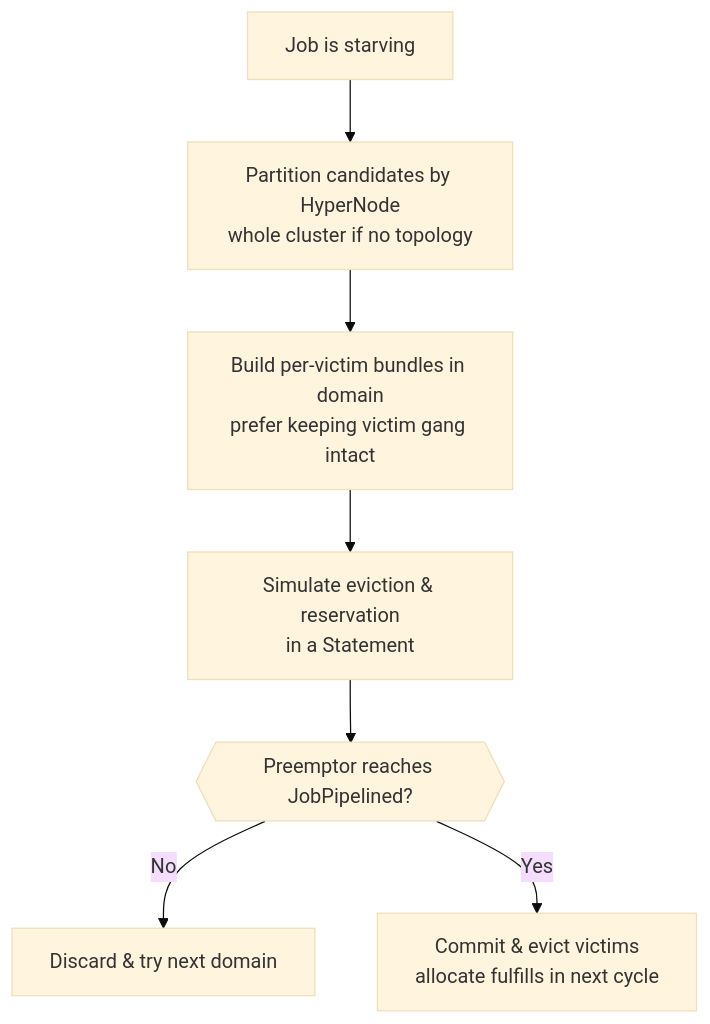
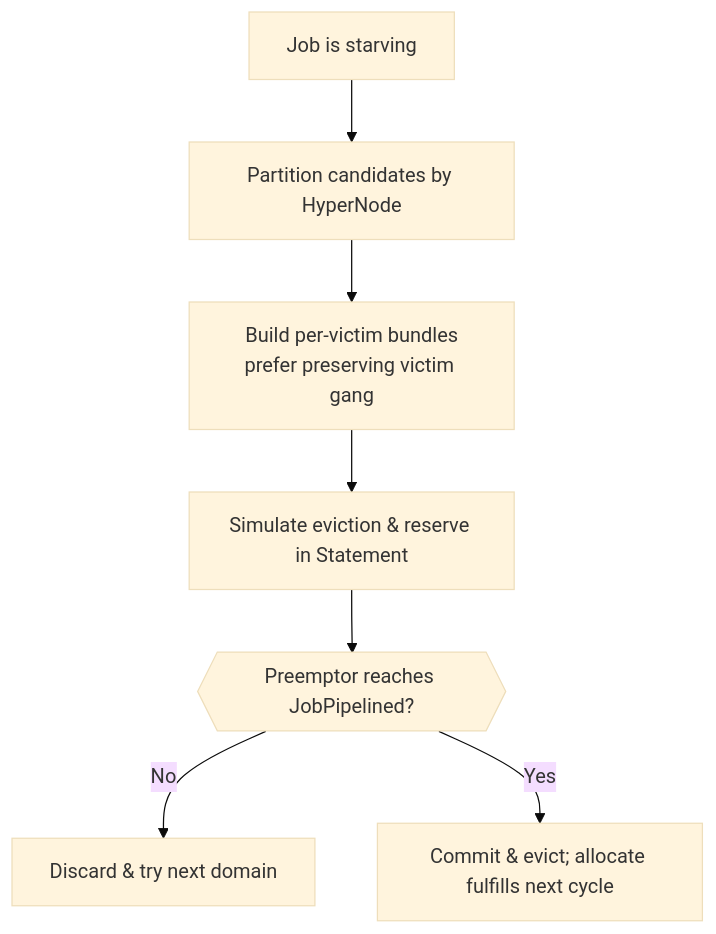
One commit to JesseStutler/volcano changed the ninth of 11 diagrams in docs/research/k8s-workload-aware-scheduling-vs-volcano.md. Above: the diagram before and after it, drawn with Mermaid (base theme). The commit also changed other lines of this file and 1 other file, not shown here.

First line of the commit message:
docs: tighten report for sharing and add single-Pod vs PodGroup flow

````diff
--- a/docs/research/k8s-workload-aware-scheduling-vs-volcano.md
+++ b/docs/research/k8s-workload-aware-scheduling-vs-volcano.md
@@ -416,9 +328,9 @@
 ```mermaid
 flowchart TD
-    A["Job is starving"] --> B["Partition candidates by HyperNode<br/>whole cluster if no topology"]
-    B --> C["Build per-victim bundles in domain<br/>prefer keeping victim gang intact"]
-    C --> D["Simulate eviction & reservation<br/>in a Statement"]
+    A["Job is starving"] --> B["Partition candidates by HyperNode"]
+    B --> C["Build per-victim bundles<br/>prefer preserving victim gang"]
+    C --> D["Simulate eviction & reserve in Statement"]
     D --> E{{"Preemptor reaches JobPipelined?"}}
     E -- No --> F["Discard & try next domain"]
-    E -- Yes --> G["Commit & evict victims<br/>allocate fulfills in next cycle"]
+    E -- Yes --> G["Commit & evict; allocate fulfills next cycle"]
 ```
````
